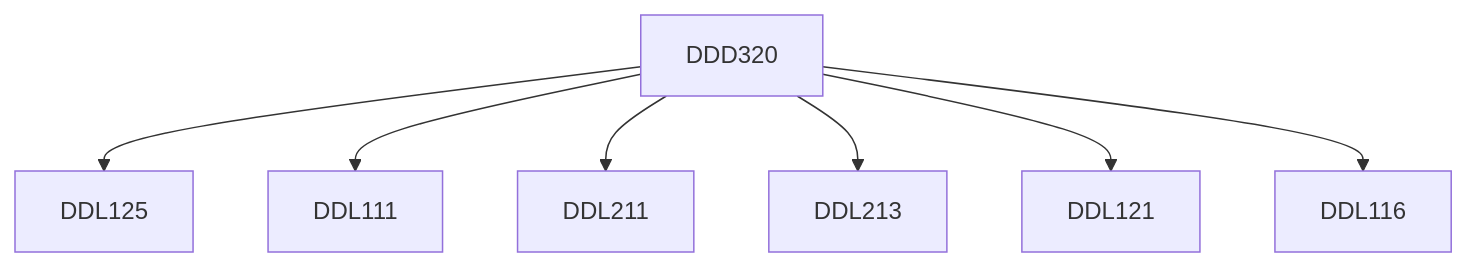
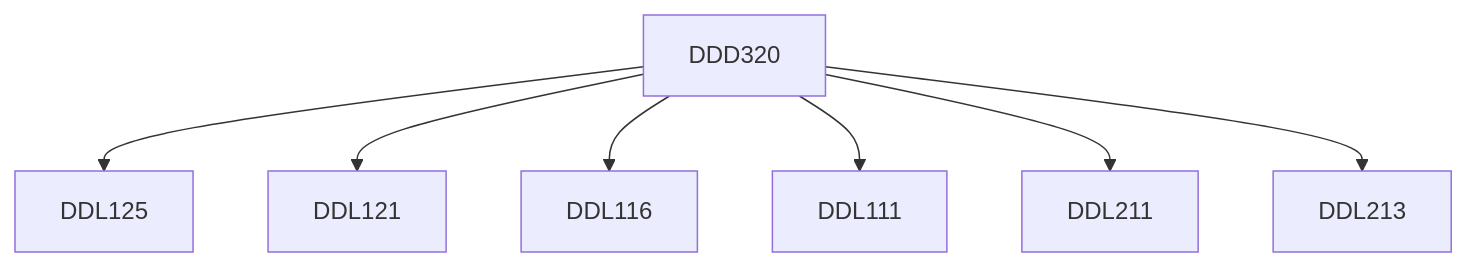
The diagram in content/Design/DDD320.md (KeshavBansal0122/CoS_Website), drawn with Mermaid before and after one commit. The commit also changed other lines of this file and 392 other files, not shown here.

````diff
--- a/content/Design/DDD320.md
+++ b/content/Design/DDD320.md
@@ -13,13 +13,13 @@
 ```mermaid
 flowchart TD
 DDD320-299[DDD320]
 DDD320-299 --> DDL125-299[DDL125]
+DDD320-299 --> DDL121-299[DDL121]
+DDD320-299 --> DDL116-299[DDL116]
 DDD320-299 --> DDL111-299[DDL111]
 DDD320-299 --> DDL211-299[DDL211]
 DDD320-299 --> DDL213-299[DDL213]
-DDD320-299 --> DDL121-299[DDL121]
-DDD320-299 --> DDL116-299[DDL116]
 
 classDef empty height:17px, fill:transparent, stroke:transparent;
 classDef trueEmpty height:0px, width:0px;
 ```
````
